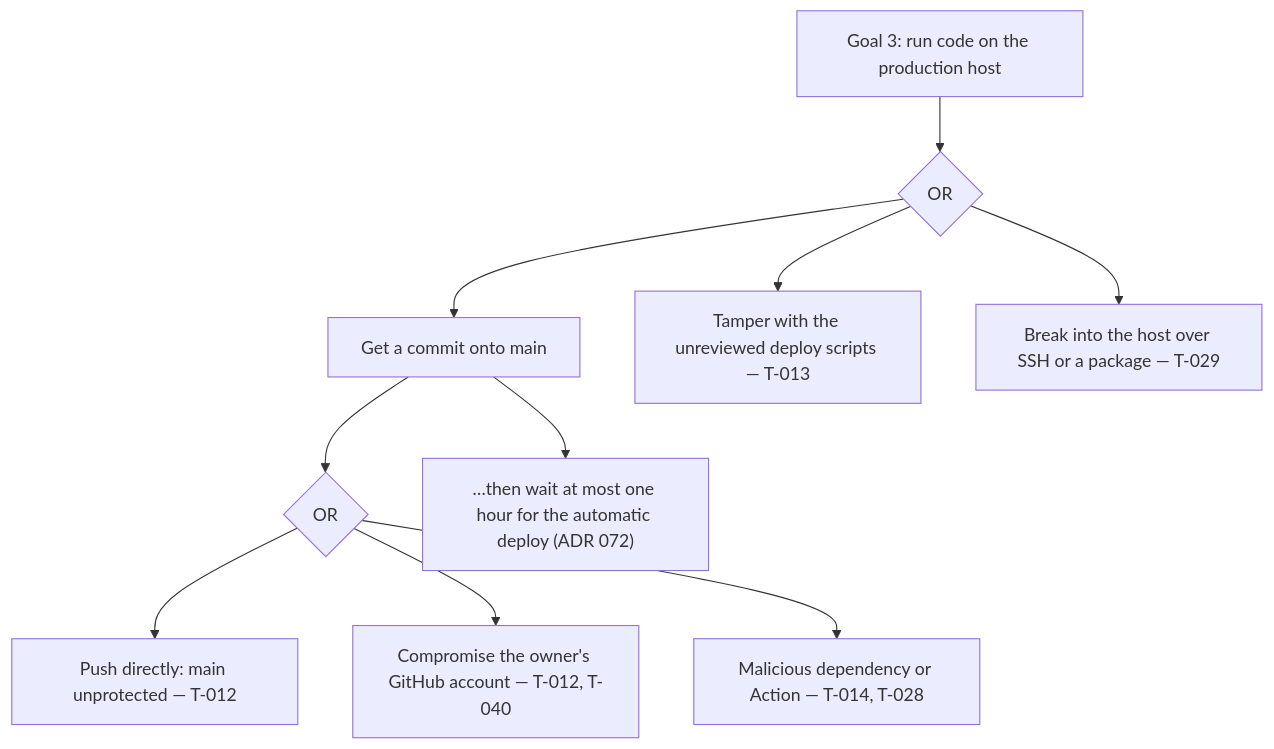
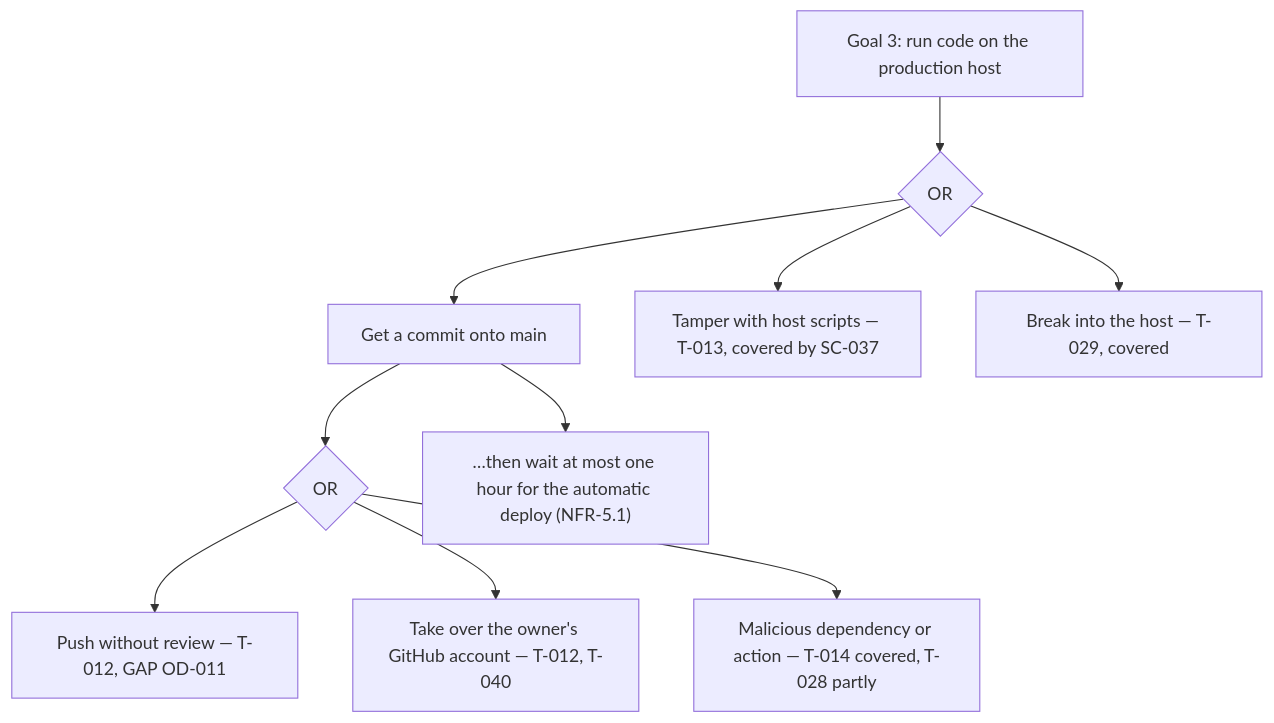
Before and after one commit to robinschweitz/raid-website: the third of 6 diagrams in THREAT_MODEL.md, drawn with Mermaid. The commit also changed other lines of this file, not shown here.

````diff
--- a/THREAT_MODEL.md
+++ b/THREAT_MODEL.md
@@ -450,11 +410,11 @@
 ```mermaid
 flowchart TD
   G3["Goal 3: run code on the production host"] --> O{OR}
   O --> C1["Get a commit onto main"] --> OC{OR}
-  OC --> C1a["Push directly: main unprotected — T-012"]
-  OC --> C1b["Compromise the owner's GitHub account — T-012, T-040"]
-  OC --> C1c["Malicious dependency or Action — T-014, T-028"]
-  C1 --> W["…then wait at most one hour for the automatic deploy (ADR 072)"]
-  O --> C2["Tamper with the unreviewed deploy scripts — T-013"]
-  O --> C3["Break into the host over SSH or a package — T-029"]
+  OC --> C1a["Push without review — T-012, GAP OD-011"]
+  OC --> C1b["Take over the owner's GitHub account — T-012, T-040"]
+  OC --> C1c["Malicious dependency or action — T-014 covered, T-028 partly"]
+  C1 --> W["…then wait at most one hour for the automatic deploy (NFR-5.1)"]
+  O --> C2["Tamper with host scripts — T-013, covered by SC-037"]
+  O --> C3["Break into the host — T-029, covered"]
 ```
````
